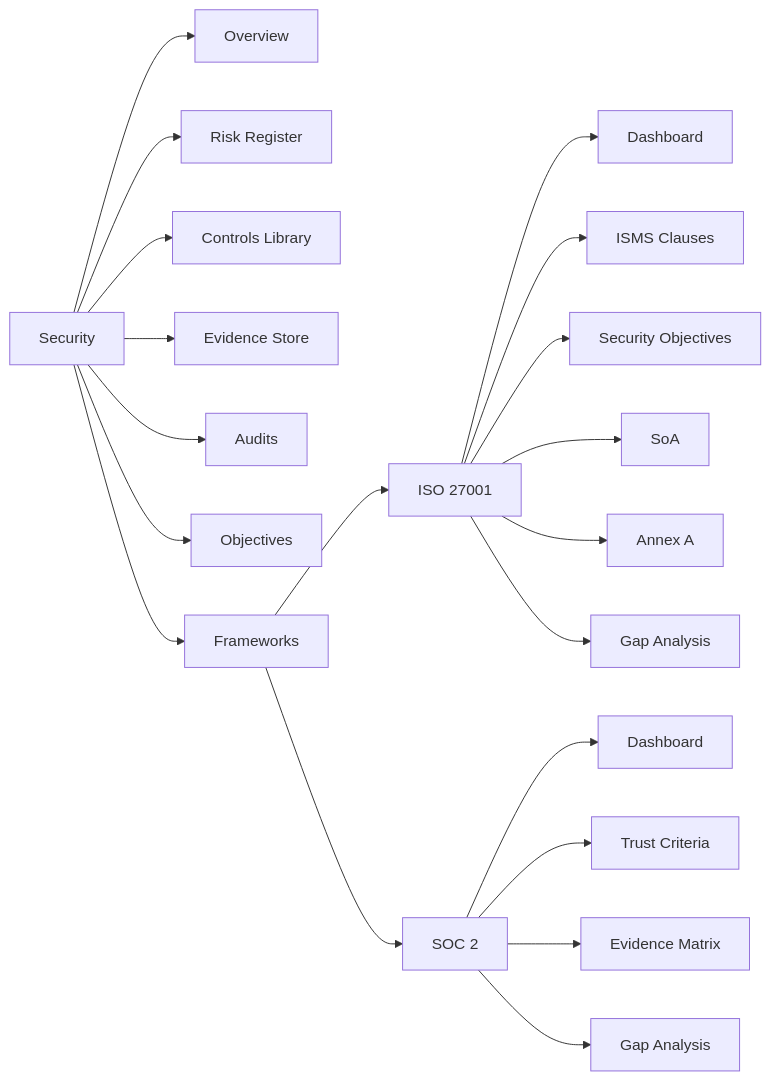
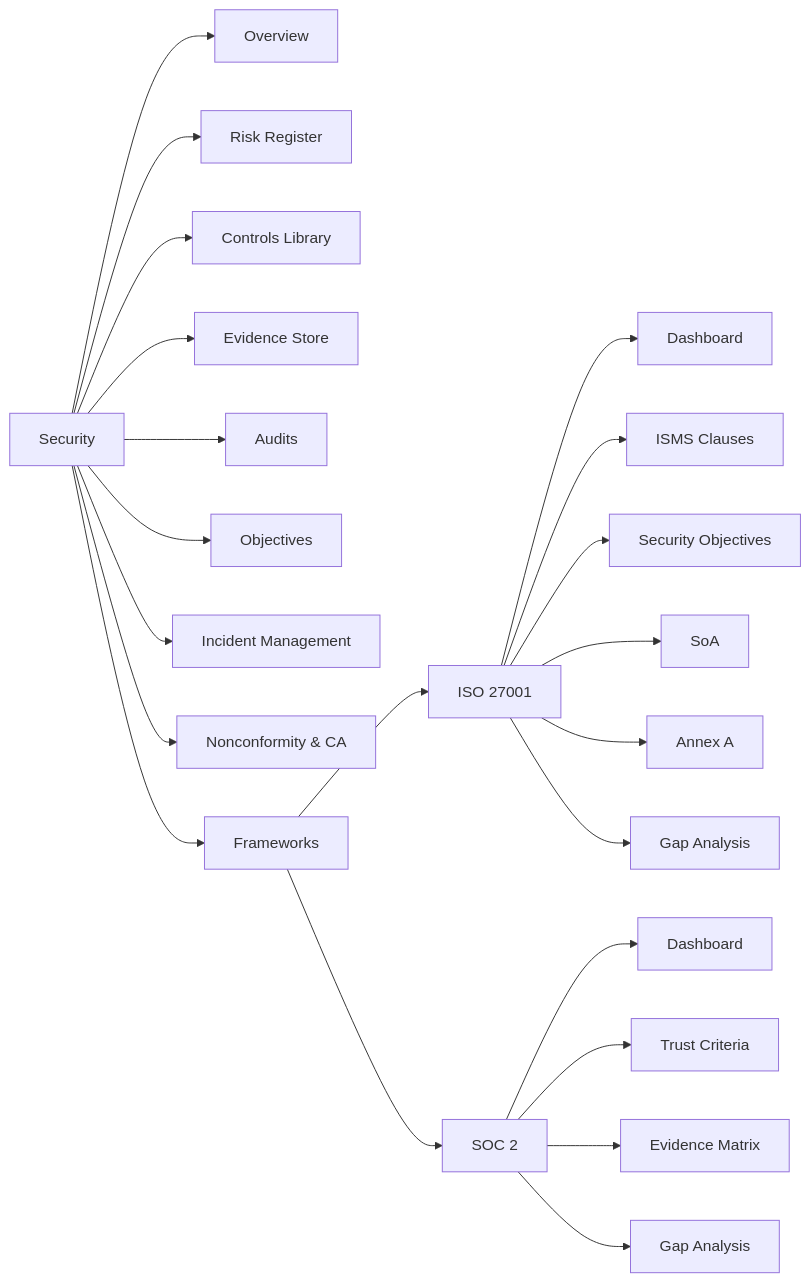
The second of 12 diagrams in docs/modules/security/architecture.md (stellarsoft-tech/IdaraOS), drawn with Mermaid before and after one commit. The commit also changed other lines of this file and 21 other files, not shown here.

````diff
--- a/docs/modules/security/architecture.md
+++ b/docs/modules/security/architecture.md
@@ -60,25 +62,27 @@
 ```mermaid
 graph LR
     Security[Security] --> Overview[Overview]
     Security --> RiskRegister[Risk Register]
     Security --> ControlsLib[Controls Library]
     Security --> EvidenceStore[Evidence Store]
     Security --> Audits[Audits]
     Security --> Objectives[Objectives]
+    Security --> Incidents[Incident Management]
+    Security --> Nonconformities[Nonconformity & CA]
     Security --> Frameworks[Frameworks]
     
     Frameworks --> ISO[ISO 27001]
     Frameworks --> SOC[SOC 2]
     
     ISO --> ISO_Dash[Dashboard]
     ISO --> ISO_Clauses[ISMS Clauses]
     ISO --> ISO_Objectives[Security Objectives]
     ISO --> ISO_SoA[SoA]
     ISO --> ISO_Controls[Annex A]
     ISO --> ISO_Gaps[Gap Analysis]
     
     SOC --> SOC_Dash[Dashboard]
     SOC --> SOC_TSC[Trust Criteria]
     SOC --> SOC_Matrix[Evidence Matrix]
     SOC --> SOC_Gaps[Gap Analysis]
 ```
````
